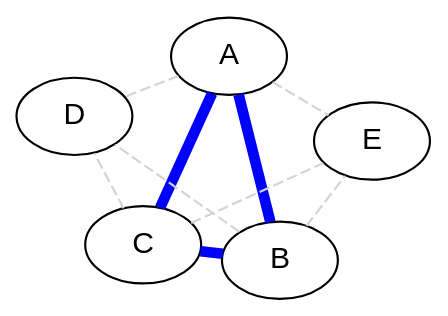
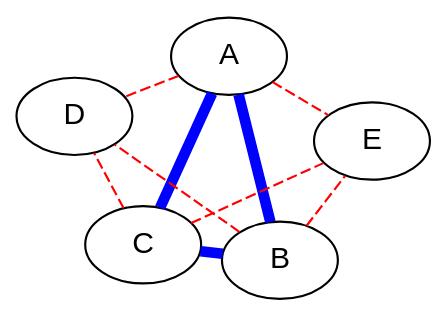
Before and after one commit to lvh/DistributedSystems101: the diagram in media/CAP/Quorum.dot, drawn with Graphviz. The commit also changed 1 other file, not shown here.

Commit message:
Broken links are red

```diff
--- a/media/CAP/Quorum.dot
+++ b/media/CAP/Quorum.dot
@@ -1,31 +1,31 @@
 graph Quorum {
         bgcolor="transparent";
         node [fontname="Helvetica"];
         layout=fdp;
                 
         Node1 [label="A"];
         Node2 [label="B"];
         Node3 [label="C"];
 
         Node4 [label="D"];
         Node5 [label="E"];
         
         {
                 edge [penwidth=5, color=blue];
 
                 Node1 -- Node2;
                 Node1 -- Node3;
                 Node2 -- Node3;               
         }
              
         {
-                edge [color=lightgrey, style=dashed];
+                edge [color=red, style=dashed];
                 
                 Node3 -- Node4;                
                 Node3 -- Node5;               
                 Node1 -- Node4;
                 Node1 -- Node5;
                 Node2 -- Node4;
                 Node2 -- Node5;
         }
 }
```
